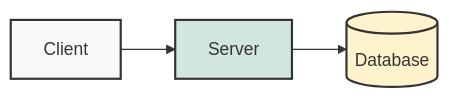
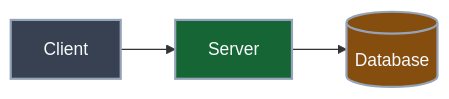
One commit to Kang-Hyesung/kang-hyesung.github.io changed the second of 2 diagrams in _posts/etc/GEM 프롬프트.md. Above: the diagram before and after it, drawn with Mermaid. The commit also changed other lines of this file and 74 other files, not shown here.

Commit message:
docs: update post visibility and mermaid colors

````diff
--- a/_posts/etc/GEM 프롬프트.md
+++ b/_posts/etc/GEM 프롬프트.md
@@ -387,11 +387,11 @@
 ```mermaid
 graph LR
     A["Client"] --> B["Server"]
     B --> C[("Database")]
 
     %% 스타일 정의
-    style A fill:#f9f9f9,stroke:#333,stroke-width:2px
-    style B fill:#d1e7dd,stroke:#333,stroke-width:2px
-    style C fill:#fff3cd,stroke:#333,stroke-width:2px
+    style A fill:#374151,stroke:#94a3b8,stroke-width:2px,color:#f8fafc
+    style B fill:#166534,stroke:#94a3b8,stroke-width:2px,color:#f8fafc
+    style C fill:#854d0e,stroke:#94a3b8,stroke-width:2px,color:#f8fafc
 
 ```
````
